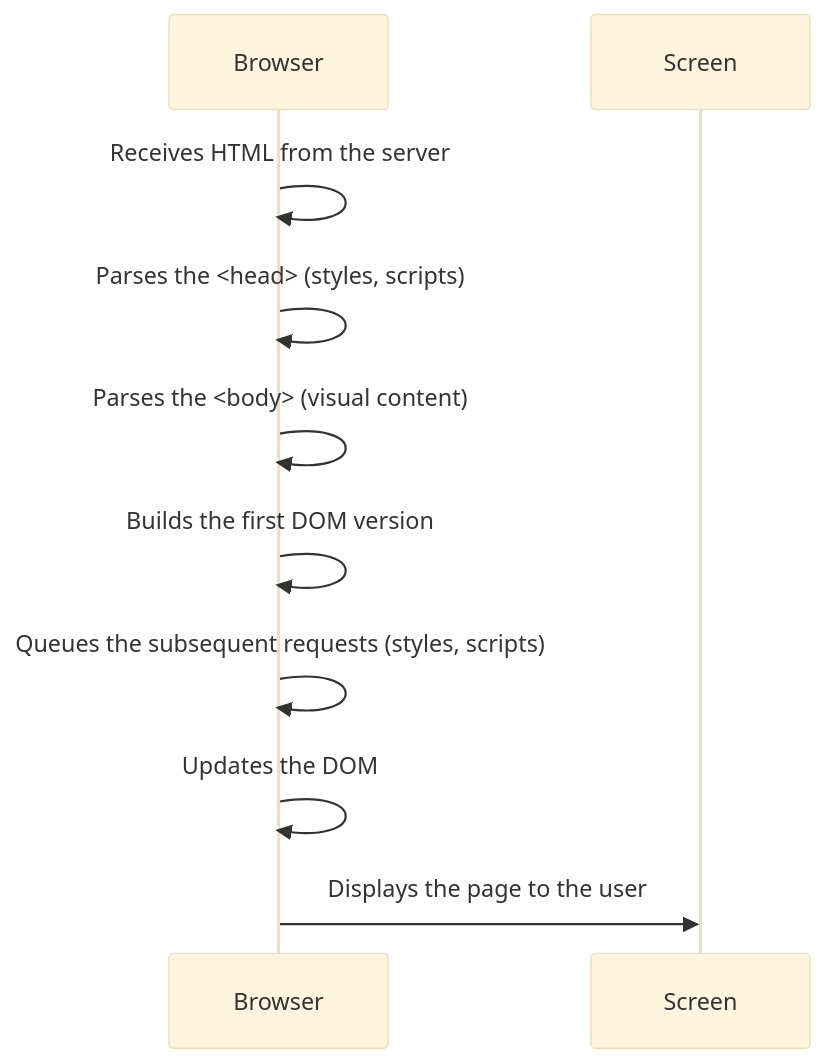
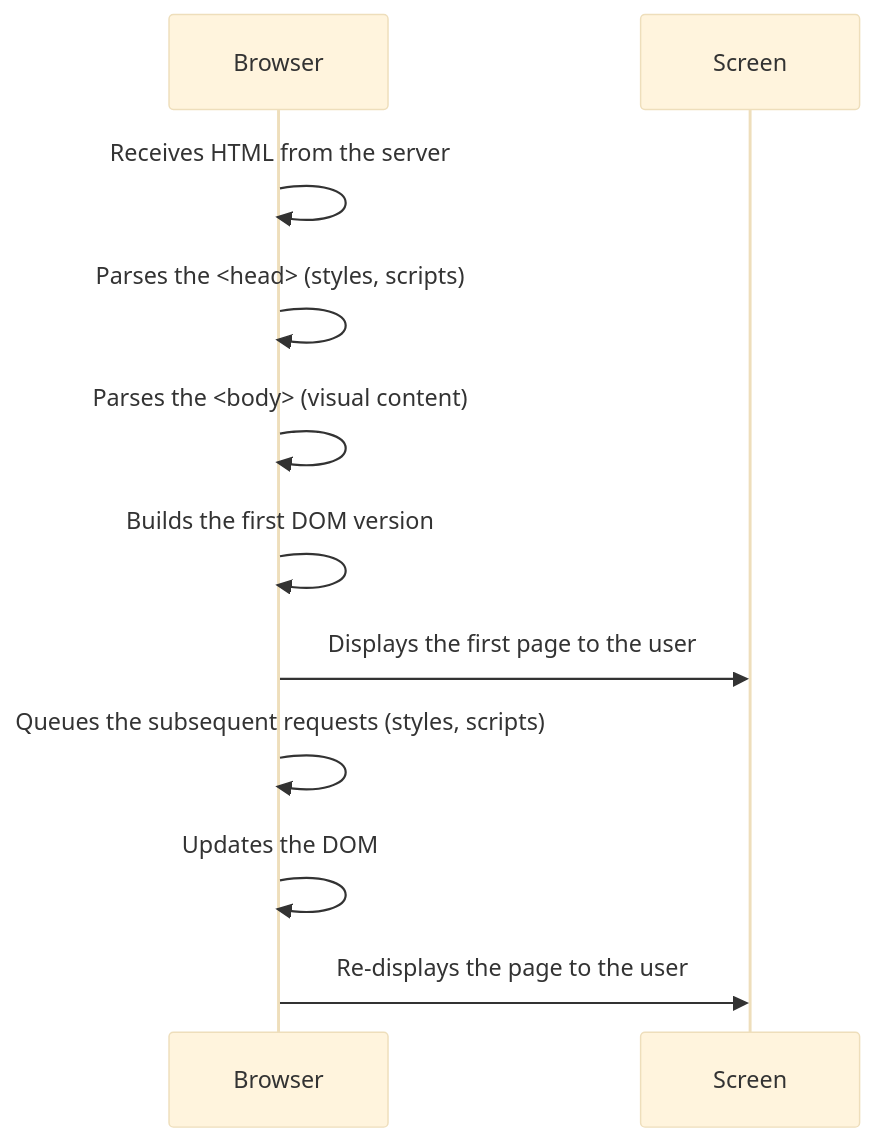
Before and after one commit to breatheco-de/mastering-web-dynamics-from-HTTP-to-real-time: the diagram in lessons/parsing-the-html.md, drawn with Mermaid (base theme).

````diff
--- a/lessons/parsing-the-html.md
+++ b/lessons/parsing-the-html.md
@@ -65,12 +65,13 @@
 ```mermaid
 sequenceDiagram
         participant Browser
 
         Browser->>Browser: Receives HTML from the server
         Browser->>Browser: Parses the <head> (styles, scripts)
         Browser->>Browser: Parses the <body> (visual content)
         Browser->>Browser: Builds the first DOM version
+        Browser->>Screen: Displays the first page to the user
         Browser->>Browser: Queues the subsequent requests (styles, scripts)
         Browser->>Browser: Updates the DOM
-        Browser->>Screen: Displays the page to the user
+        Browser->>Screen: Re-displays the page to the user
 ```
````
